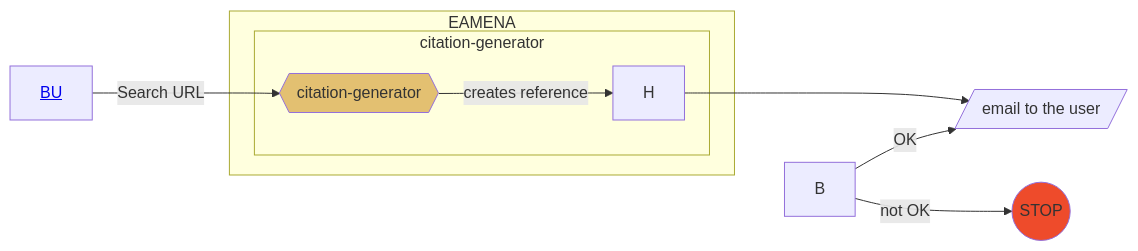
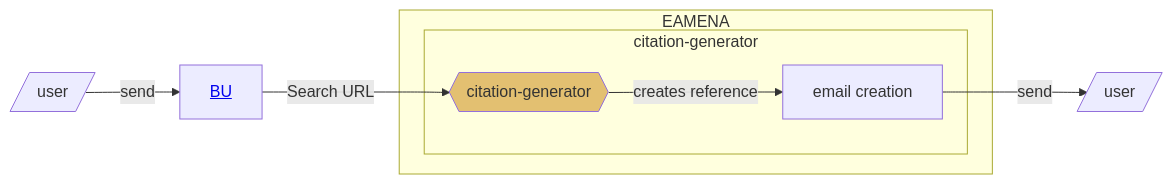
Before and after one commit to eamena-project/eamena-arches-dev: the second of 2 diagrams in data/bibref/README.md, drawn with Mermaid.

Commit message:
citation README

````diff
--- a/data/bibref/README.md
+++ b/data/bibref/README.md
@@ -35,14 +35,12 @@
 ```mermaid
 flowchart LR
+	U[/user/] -- send --> A[<a href='https://github.com/eamena-project/eamena-arches-dev/blob/main/dbs/database.eamena/docs/notes/Arches%207%20Upgrade.md#splitchunk'>BU</a>]
 	A[<a href='https://github.com/eamena-project/eamena-arches-dev/blob/main/dbs/database.eamena/docs/notes/Arches%207%20Upgrade.md#splitchunk'>BU</a>] --Search URL--> G{{citation-generator}}:::eamenaFunc;
 	subgraph EAMENA
 		subgraph citation-generator
-		G -- creates reference --> H;
+		G -- creates reference --> H[email creation];;
 		end
 	end
-	B -- OK --> I[/email to the user/];
-	H ---> I;
-	B -- not OK --> D((STOP)):::stop;
+	H -- send --> I[/user/];
 	classDef eamenaFunc fill:#e3c071;
-	classDef stop fill:#EE4B2B;
 ```
````
